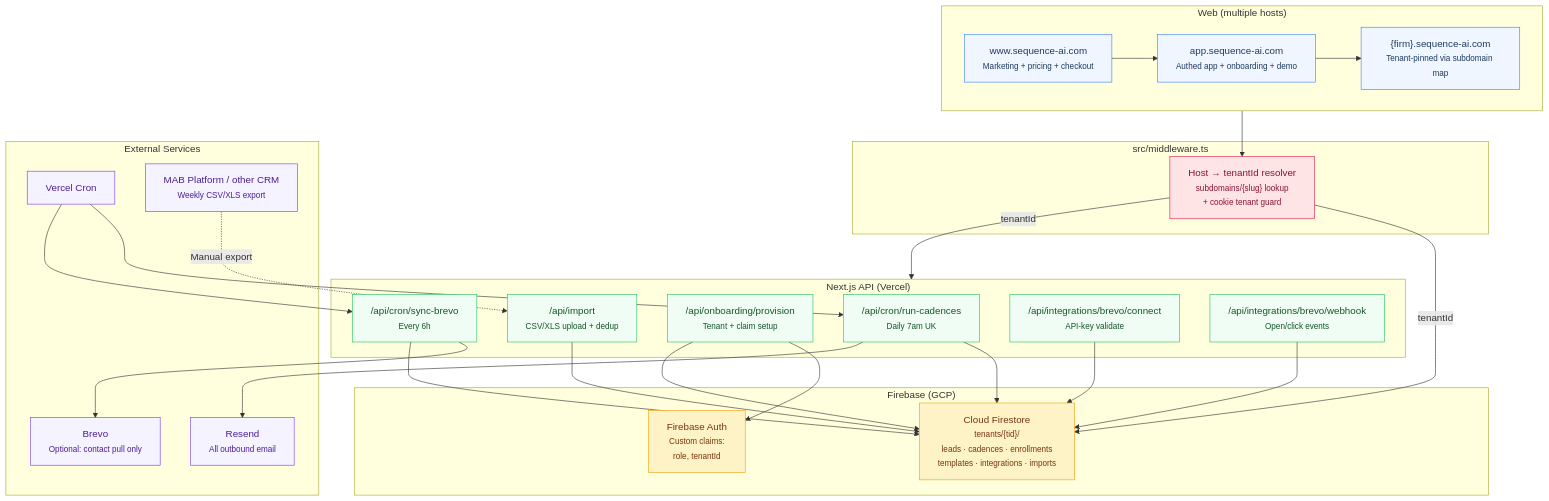
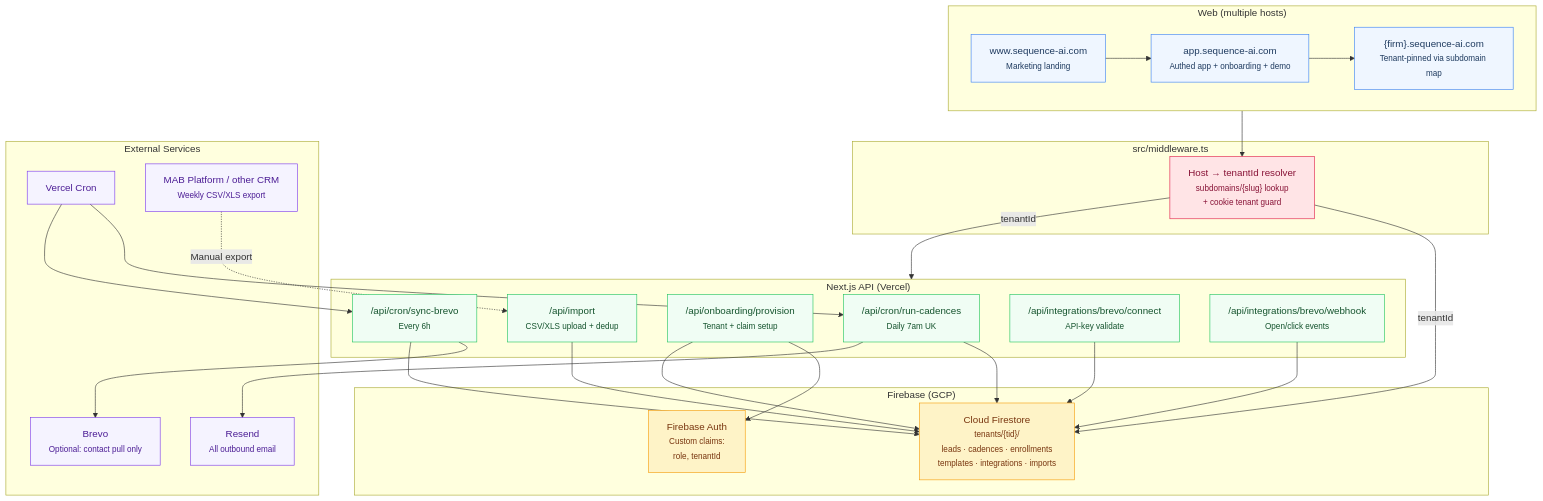
One commit to vinay-lgtm-code/mallard_connect changed the first of 3 diagrams in README.md. Above: the diagram before and after it, drawn with Mermaid. The commit also changed other lines of this file and 6 other files, not shown here.

Commit message:
Remove all pricing surfaces from landing and marketing

````diff
--- a/README.md
+++ b/README.md
@@ -71,66 +67,66 @@
 ```mermaid
 graph TB
     subgraph Web["Web (multiple hosts)"]
-        Marketing["www.sequence-ai.com<br/><small>Marketing + pricing + checkout</small>"]
+        Marketing["www.sequence-ai.com<br/><small>Marketing landing</small>"]
         App["app.sequence-ai.com<br/><small>Authed app + onboarding + demo</small>"]
         Vanity["{firm}.sequence-ai.com<br/><small>Tenant-pinned via subdomain map</small>"]
     end
 
     subgraph Middleware["src/middleware.ts"]
         Resolver["Host → tenantId resolver<br/><small>subdomains/{slug} lookup<br/>+ cookie tenant guard</small>"]
     end
 
     subgraph NextAPI["Next.js API (Vercel)"]
         CronCadences["/api/cron/run-cadences<br/><small>Daily 7am UK</small>"]
         CronBrevo["/api/cron/sync-brevo<br/><small>Every 6h</small>"]
         Provision["/api/onboarding/provision<br/><small>Tenant + claim setup</small>"]
         ImportAPI["/api/import<br/><small>CSV/XLS upload + dedup</small>"]
         BrevoConnect["/api/integrations/brevo/connect<br/><small>API-key validate</small>"]
         BrevoWebhook["/api/integrations/brevo/webhook<br/><small>Open/click events</small>"]
     end
 
     subgraph Firebase["Firebase (GCP)"]
         FireAuth["Firebase Auth<br/><small>Custom claims:<br/>role, tenantId</small>"]
         Firestore["Cloud Firestore<br/><small>tenants/{tid}/<br/>leads · cadences · enrollments<br/>templates · integrations · imports</small>"]
     end
 
     subgraph External["External Services"]
         Resend["Resend<br/><small>All outbound email</small>"]
         Brevo["Brevo<br/><small>Optional: contact pull only</small>"]
         VercelCron["Vercel Cron"]
         MAB["MAB Platform / other CRM<br/><small>Weekly CSV/XLS export</small>"]
     end
 
     Marketing --> App
     App --> Vanity
     Web --> Resolver
     Resolver -- "tenantId" --> NextAPI
     Resolver -- "tenantId" --> Firestore
 
     VercelCron --> CronCadences
     VercelCron --> CronBrevo
     CronCadences --> Firestore
     CronCadences --> Resend
     CronBrevo --> Brevo
     CronBrevo --> Firestore
 
     Provision --> FireAuth
     Provision --> Firestore
     BrevoConnect --> Firestore
     BrevoWebhook --> Firestore
     ImportAPI --> Firestore
 
     MAB -. "Manual export" .-> ImportAPI
 
     classDef web fill:#EFF6FF,stroke:#3B82F6,color:#1E3A5F
     classDef api fill:#F0FDF4,stroke:#22C55E,color:#14532D
     classDef firebase fill:#FEF3C7,stroke:#F59E0B,color:#78350F
     classDef external fill:#F5F3FF,stroke:#7C3AED,color:#4C1D95
     classDef middleware fill:#FFE4E6,stroke:#E11D48,color:#881337
 
     class Marketing,App,Vanity web
     class CronCadences,CronBrevo,Provision,ImportAPI,BrevoConnect,BrevoWebhook api
     class FireAuth,Firestore firebase
     class Resend,Brevo,VercelCron,MAB external
     class Resolver middleware
 ```
````
